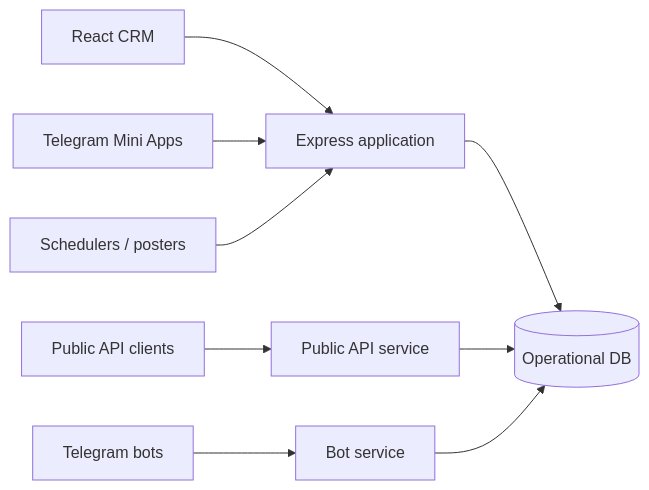
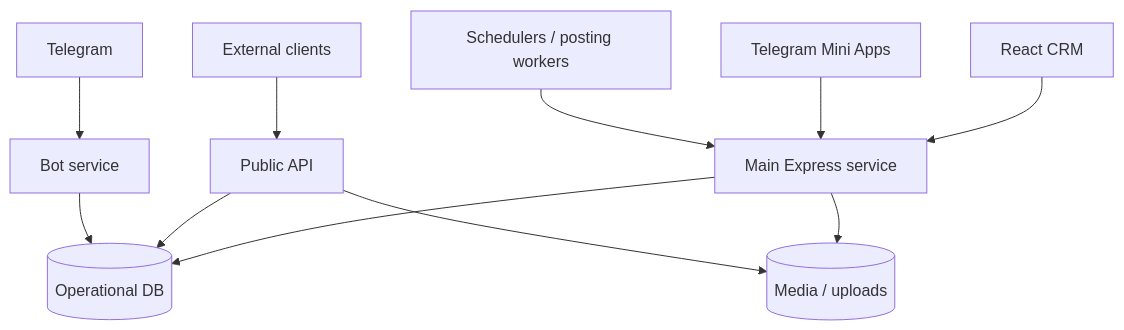
The diagram in README.md (Dmitriy-DE/automotive-crm-showcase), drawn with Mermaid before and after one commit. The commit also changed other lines of this file, not shown here.

Commit message:
Turn Automotive CRM showcase into a richer engineering case study

````diff
--- a/README.md
+++ b/README.md
@@ -23,12 +48,27 @@
-```mermaid
-flowchart LR
-    STAFF[React CRM] --> API[Express application]
-    PUBLIC[Public API clients] --> PAPI[Public API service]
-    TG[Telegram bots] --> BOT[Bot service]
-    MINI[Telegram Mini Apps] --> API
-    JOBS[Schedulers / posters] --> API
+~~~mermaid
+flowchart TB
+  CRM[React CRM]
+  MINI[Telegram Mini Apps]
+  EXT[External clients]
+  TG[Telegram]
 
-    API --> DB[(Operational DB)]
-    PAPI --> DB
-    BOT --> DB
-```
+  APP[Main Express service]
+  PAPI[Public API]
+  BOT[Bot service]
+  JOBS[Schedulers / posting workers]
+
+  DB[(Operational DB)]
+  FILES[(Media / uploads)]
+
+  CRM --> APP
+  MINI --> APP
+  EXT --> PAPI
+  TG --> BOT
+  JOBS --> APP
+
+  APP --> DB
+  APP --> FILES
+  PAPI --> DB
+  PAPI --> FILES
+  BOT --> DB
+~~~
````
